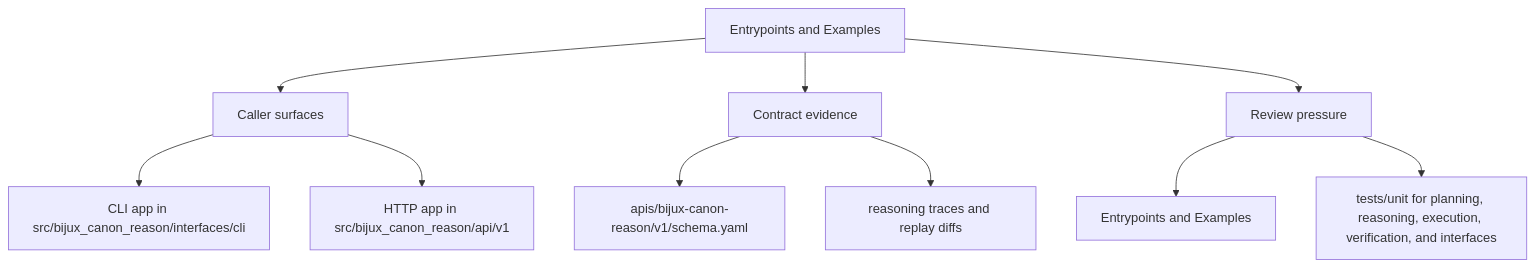
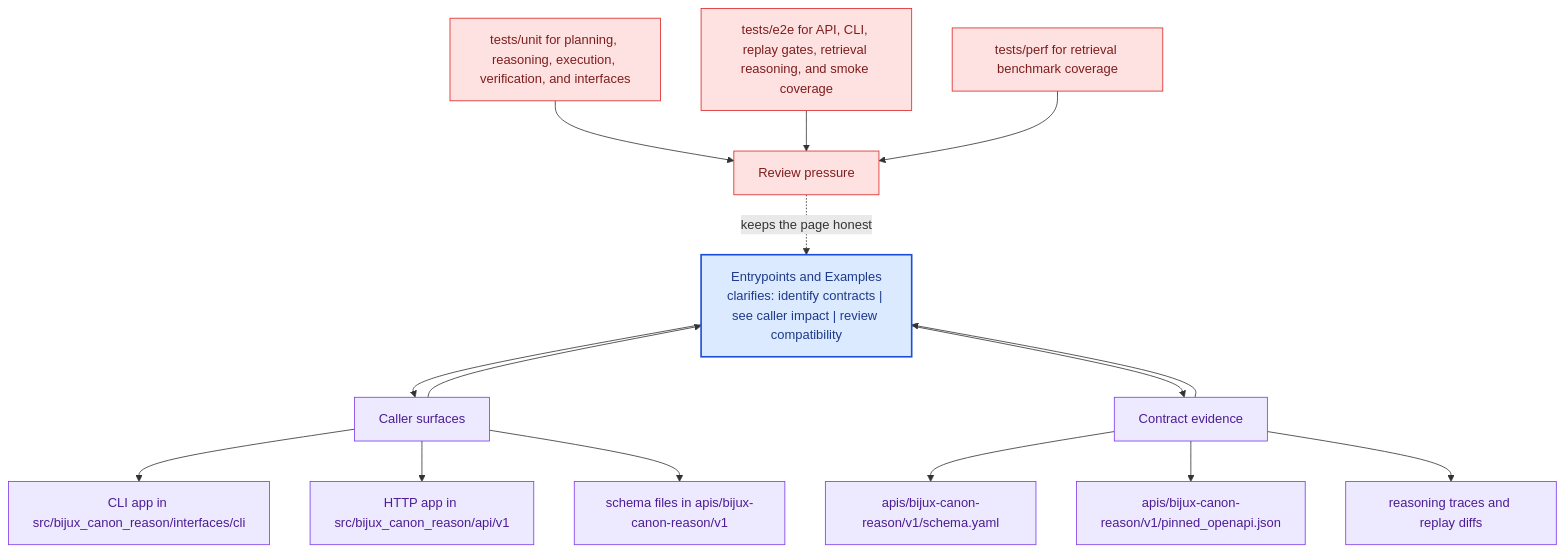
Before and after one commit to bijux/bijux-canon: the second of 2 diagrams in docs/bijux-canon-reason/interfaces/entrypoints-and-examples.md, drawn with Mermaid. The commit also changed other lines of this file and 281 other files, not shown here.

Commit message:
docs(diagrams): deepen handbook mermaid maps across the catalog

````diff
--- a/docs/bijux-canon-reason/interfaces/entrypoints-and-examples.md
+++ b/docs/bijux-canon-reason/interfaces/entrypoints-and-examples.md
@@ -34,22 +67,41 @@
 ```mermaid
-flowchart TD
-    page["Entrypoints and Examples"]
+flowchart TB
+    promise["Entrypoints and Examples<br/>clarifies: identify contracts | see caller impact | review compatibility"]
+    classDef promise fill:#dbeafe,stroke:#1d4ed8,color:#1e3a8a,stroke-width:2px;
+    classDef driver fill:#dcfce7,stroke:#16a34a,color:#14532d;
+    classDef constraint fill:#fee2e2,stroke:#dc2626,color:#7f1d1d;
+    classDef ground fill:#ede9fe,stroke:#7c3aed,color:#4c1d95;
     focus1["Caller surfaces"]
-    page --> focus1
+    focus1 --> promise
+    promise --> focus1
     focus1_1["CLI app in src/bijux_canon_reason/interfaces/cli"]
     focus1 --> focus1_1
     focus1_2["HTTP app in src/bijux_canon_reason/api/v1"]
     focus1 --> focus1_2
+    focus1_3["schema files in apis/bijux-canon-reason/v1"]
+    focus1 --> focus1_3
+    class focus1 ground;
+    class focus1_1,focus1_2,focus1_3 ground;
     focus2["Contract evidence"]
-    page --> focus2
+    focus2 --> promise
+    promise --> focus2
     focus2_1["apis/bijux-canon-reason/v1/schema.yaml"]
     focus2 --> focus2_1
-    focus2_2["reasoning traces and replay diffs"]
+    focus2_2["apis/bijux-canon-reason/v1/pinned_openapi.json"]
     focus2 --> focus2_2
+    focus2_3["reasoning traces and replay diffs"]
+    focus2 --> focus2_3
+    class focus2 ground;
+    class focus2_1,focus2_2,focus2_3 ground;
     focus3["Review pressure"]
-    page --> focus3
-    focus3_1["Entrypoints and Examples"]
-    focus3 --> focus3_1
-    focus3_2["tests/unit for planning, reasoning, execution, verification, and interfaces"]
-    focus3 --> focus3_2
+    focus3 -.keeps the page honest.-> promise
+    focus3_1["tests/unit for planning, reasoning, execution, verification, and interfaces"]
+    focus3_1 --> focus3
+    focus3_2["tests/e2e for API, CLI, replay gates, retrieval reasoning, and smoke coverage"]
+    focus3_2 --> focus3
+    focus3_3["tests/perf for retrieval benchmark coverage"]
+    focus3_3 --> focus3
+    class focus3 constraint;
+    class focus3_1,focus3_2,focus3_3 constraint;
+    class promise promise;
 ```
````
